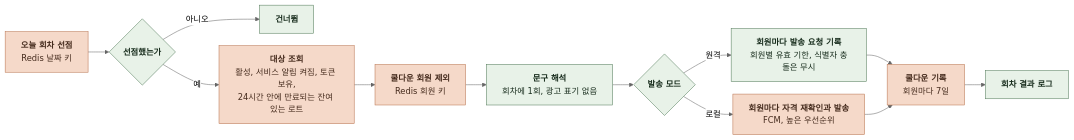
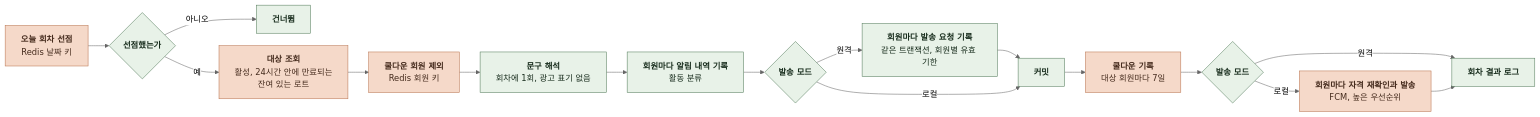
Diagram 14 of 14 in docs/domain/NOTIFICATION/BACKEND/4-1-PIPELINES.md (KIM-N-KANG/knk-harness), drawn with Mermaid (neutral theme) before and after one commit. The commit also changed other lines of this file and 14 other files, not shown here.

````diff
--- a/docs/domain/NOTIFICATION/BACKEND/4-1-PIPELINES.md
+++ b/docs/domain/NOTIFICATION/BACKEND/4-1-PIPELINES.md
@@ -419,27 +419,32 @@
 ```mermaid
 %%{init: {"flowchart": {"curve": "basis", "nodeSpacing": 24, "rankSpacing": 40}}}%%
 flowchart LR
     A["`**오늘 회차 선점**
 Redis 날짜 키`"] --> B{"`**선점했는가**`"}
     B -->|아니오| X["`**건너뜀**`"]
     B -->|예| C["`**대상 조회**
-활성, 서비스 알림 켜짐, 토큰 보유,
-24시간 안에 만료되는 잔여 있는 로트`"]
+활성, 24시간 안에 만료되는
+잔여 있는 로트`"]
     C --> D["`**쿨다운 회원 제외**
 Redis 회원 키`"]
     D --> E["`**문구 해석**
 회차에 1회, 광고 표기 없음`"]
-    E --> F{"`**발송 모드**`"}
-    F -->|원격| G["`**회원마다 발송 요청 기록**
-회원별 유효 기한, 식별자 충돌은 무시`"]
-    F -->|로컬| H["`**회원마다 자격 재확인과 발송**
+    E --> F["`**회원마다 알림 내역 기록**
+활동 분류`"]
+    F --> G{"`**발송 모드**`"}
+    G -->|원격| H["`**회원마다 발송 요청 기록**
+같은 트랜잭션, 회원별 유효 기한`"]
+    H --> I["`**커밋**`"]
+    G -->|로컬| I
+    I --> J["`**쿨다운 기록**
+대상 회원마다 7일`"]
+    J --> K{"`**발송 모드**`"}
+    K -->|원격| L["`**회차 결과 로그**`"]
+    K -->|로컬| M["`**회원마다 자격 재확인과 발송**
 FCM, 높은 우선순위`"]
-    G --> I["`**쿨다운 기록**
-회원마다 7일`"]
-    H --> I
-    I --> J["`**회차 결과 로그**`"]
+    M --> L
     classDef comp fill:#E8F2E8,stroke:#527A59,color:#182D1D
     classDef task fill:#F5D9C9,stroke:#B97450,color:#452B1D
-    class B,E,F,G,J,X comp
-    class A,C,D,H,I task
+    class B,E,F,G,H,I,K,L,X comp
+    class A,C,D,J,M task
 ```
````
